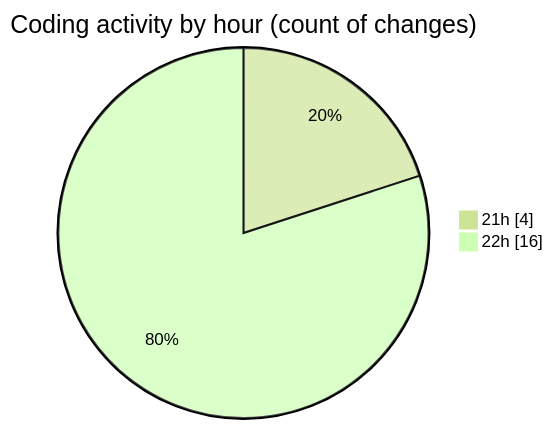
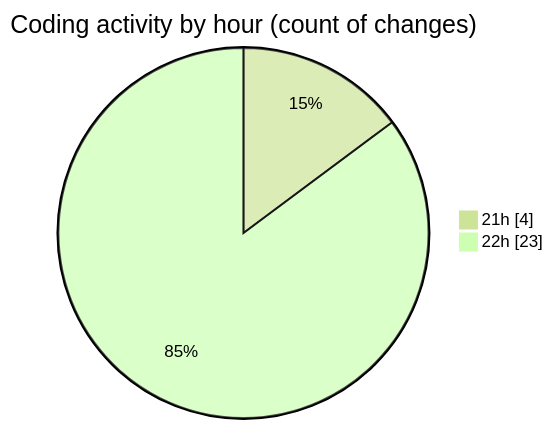
Before and after one commit to MatusMokan/code-tracking: the second of 2 diagrams in 2025-11-14/untitled__workspace_/README.md, drawn with Mermaid (forest theme). The commit also changed other lines of this file and 1 other file, not shown here.

````diff
--- a/2025-11-14/untitled__workspace_/README.md
+++ b/2025-11-14/untitled__workspace_/README.md
@@ -32,6 +32,6 @@
 ```mermaid
 pie showData
 title Coding activity by hour (count of changes)
 "21h" : 4
-"22h" : 16
+"22h" : 23
 ```
````
